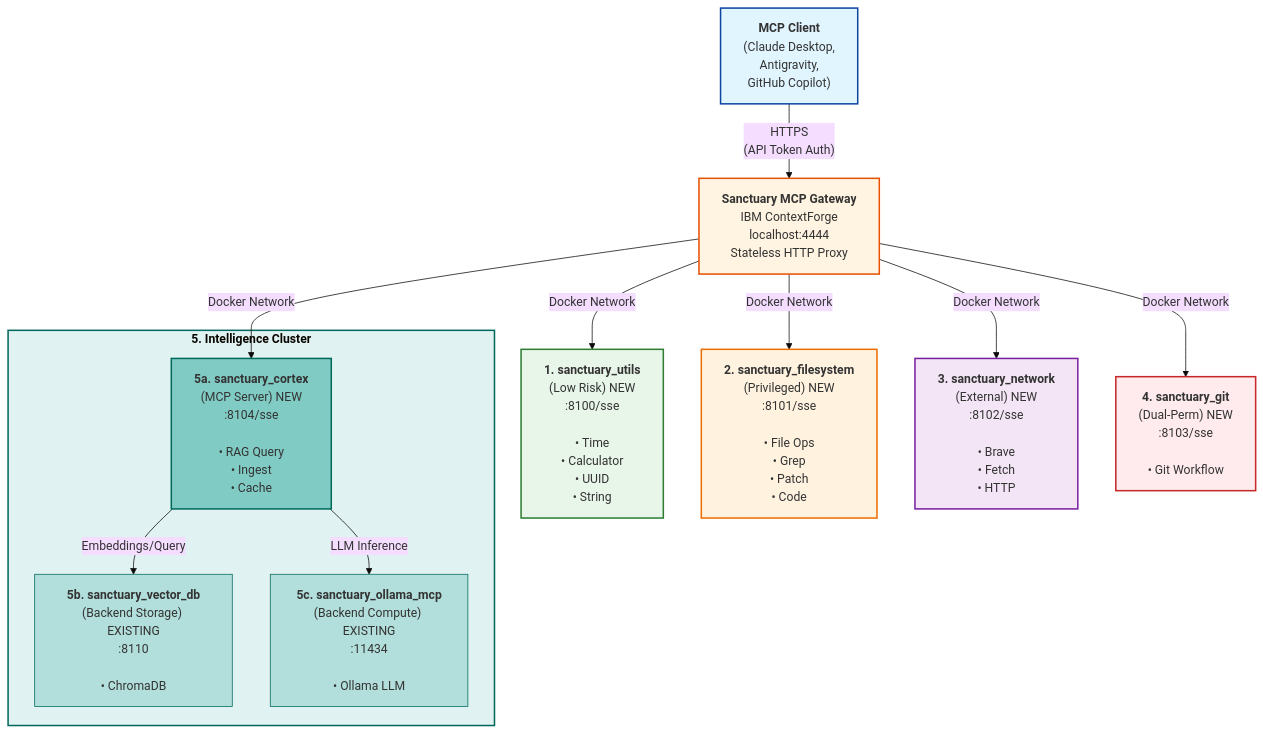
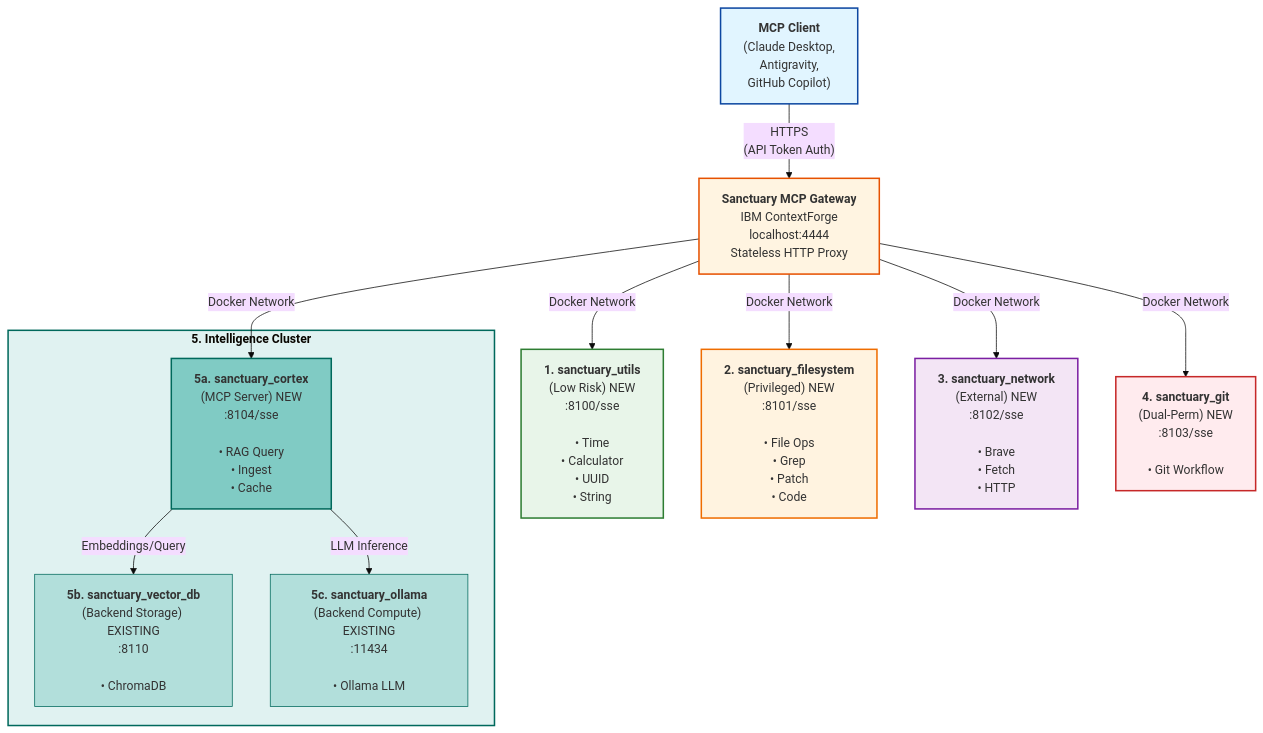
Before and after one commit to richfrem/Project_Sanctuary: the diagram in ADRs/060_gateway_integration_patterns.md, drawn with Mermaid. The commit also changed other lines of this file and 355 other files, not shown here.

````diff
--- a/ADRs/060_gateway_integration_patterns.md
+++ b/ADRs/060_gateway_integration_patterns.md
@@ -311,35 +311,35 @@
 ```mermaid
 ---
 config:
   theme: base
   layout: dagre
 ---
 flowchart TB
     Client["<b>MCP Client</b><br>(Claude Desktop,<br>Antigravity,<br>GitHub Copilot)"] -- HTTPS<br>(API Token Auth) --> Gateway["<b>Sanctuary MCP Gateway</b><br>IBM ContextForge<br>localhost:4444<br>Stateless HTTP Proxy"]
     
     Gateway -- Docker Network --> Utils["<b>1. sanctuary_utils</b><br>(Low Risk) NEW<br>:8100/sse<br><br>• Time<br>• Calculator<br>• UUID<br>• String"]
     Gateway -- Docker Network --> Filesystem["<b>2. sanctuary_filesystem</b><br>(Privileged) NEW<br>:8101/sse<br><br>• File Ops<br>• Grep<br>• Patch<br>• Code"]
     Gateway -- Docker Network --> Network["<b>3. sanctuary_network</b><br>(External) NEW<br>:8102/sse<br><br>• Brave<br>• Fetch<br>• HTTP"]
     Gateway -- Docker Network --> Git["<b>4. sanctuary_git</b><br>(Dual-Perm) NEW<br>:8103/sse<br><br>• Git Workflow"]
     Gateway -- Docker Network --> Cortex
     
     subgraph Intelligence["<b>5. Intelligence Cluster</b>"]
         Cortex["<b>5a. sanctuary_cortex</b><br>(MCP Server) NEW<br>:8104/sse<br><br>• RAG Query<br>• Ingest<br>• Cache"]
         VectorDB["<b>5b. sanctuary_vector_db</b><br>(Backend Storage) EXISTING<br>:8110<br><br>• ChromaDB"]
-        Ollama["<b>5c. sanctuary_ollama_mcp</b><br>(Backend Compute) EXISTING<br>:11434<br><br>• Ollama LLM"]
+        Ollama["<b>5c. sanctuary_ollama</b><br>(Backend Compute) EXISTING<br>:11434<br><br>• Ollama LLM"]
         
         Cortex -- "Embeddings/Query" --> VectorDB
         Cortex -- "LLM Inference" --> Ollama
     end
 
     style Client fill:#e1f5ff,stroke:#0d47a1,stroke-width:2px
     style Gateway fill:#fff4e1,stroke:#e65100,stroke-width:2px
     style Utils fill:#e8f5e9,stroke:#2e7d32,stroke-width:2px
     style Filesystem fill:#fff3e0,stroke:#ef6c00,stroke-width:2px
     style Network fill:#f3e5f5,stroke:#7b1fa2,stroke-width:2px
     style Git fill:#ffebee,stroke:#c62828,stroke-width:2px
     style Intelligence fill:#e0f2f1,stroke:#00695c,stroke-width:2px
     style Cortex fill:#80cbc4,stroke:#00695c,stroke-width:2px
     style VectorDB fill:#b2dfdb,stroke:#00695c,stroke-width:1px
     style Ollama fill:#b2dfdb,stroke:#00695c,stroke-width:1px
 ```
````
